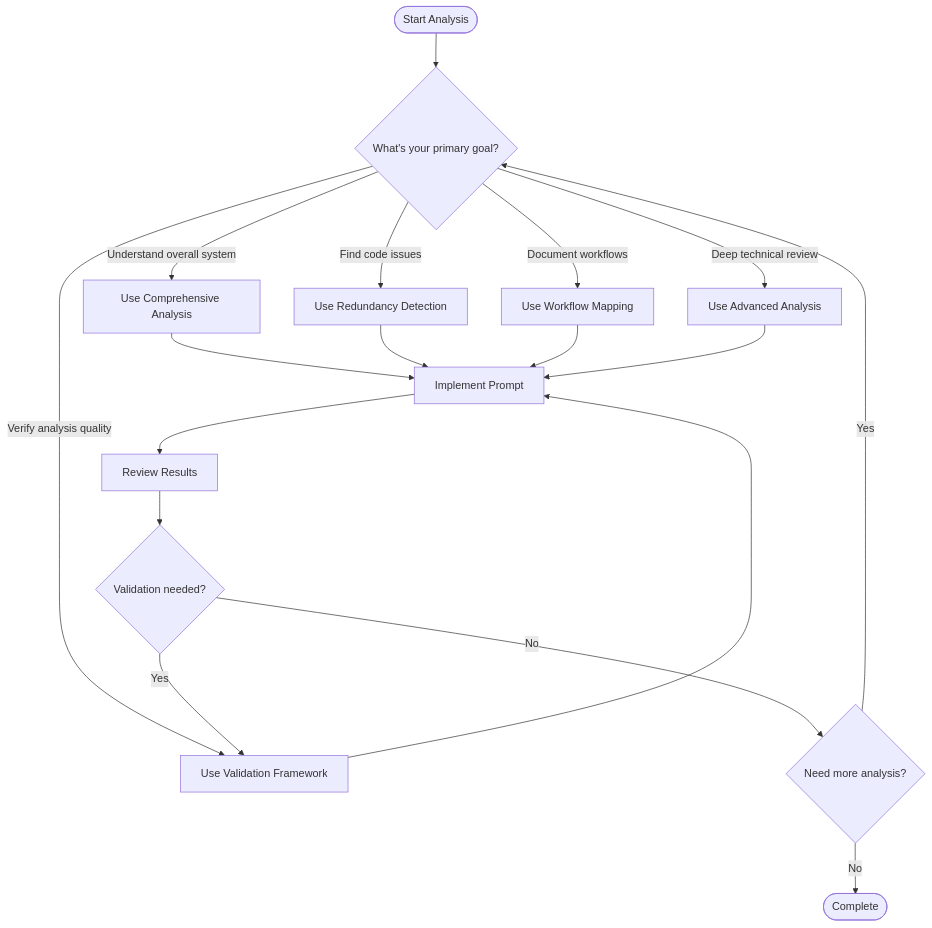
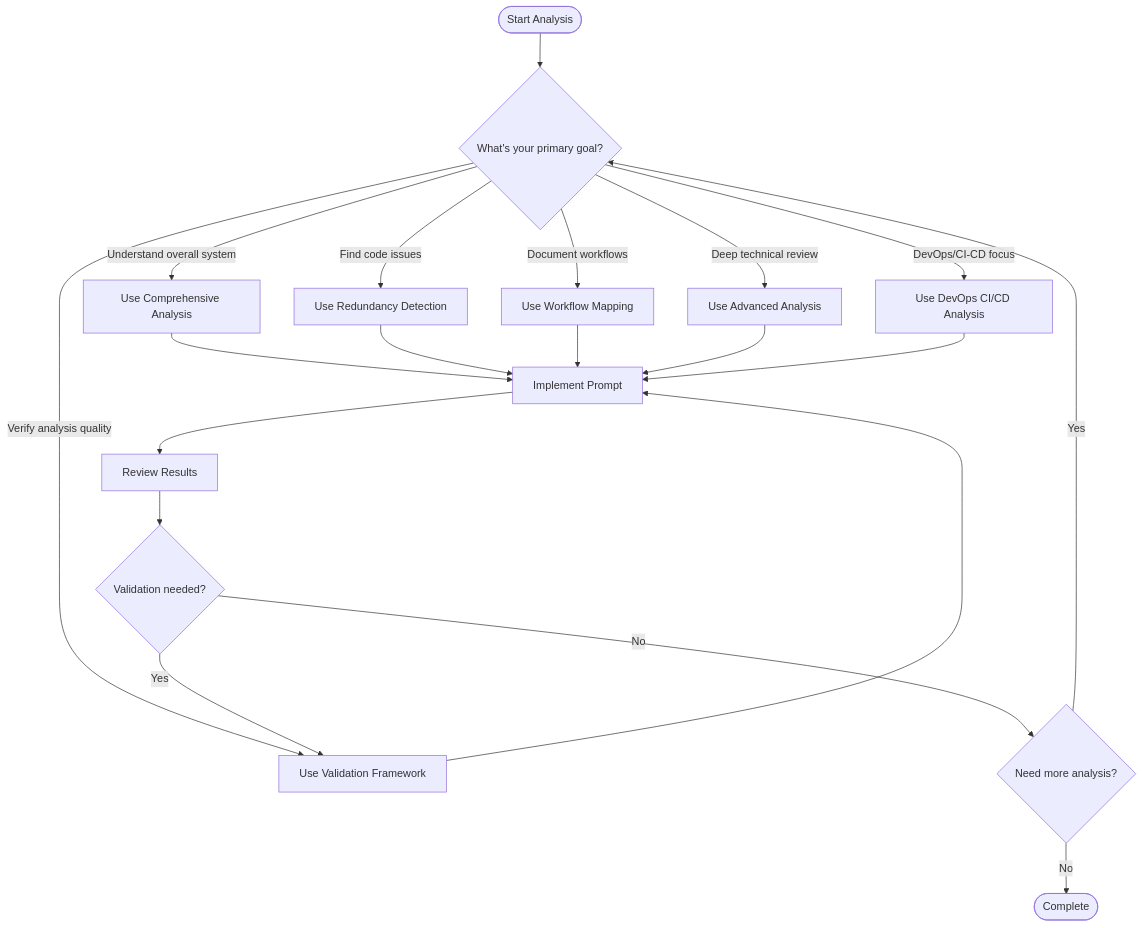
Before and after one commit to simonesgit/llm_prompts: the second of 2 diagrams in llm_project_analysis_prompts/README.md, drawn with Mermaid. The commit also changed other lines of this file and 7 other files, not shown here.

Commit message:
Enhance all prompts with DevOps/CI-CD compatibility for Ansible and Jenkins repositories

````diff
--- a/llm_project_analysis_prompts/README.md
+++ b/llm_project_analysis_prompts/README.md
@@ -95,22 +163,24 @@
 ```mermaid
 flowchart TD
     Start([Start Analysis]) --> Question{What's your primary goal?}
     Question -->|Understand overall system| Comprehensive[Use Comprehensive Analysis]
     Question -->|Find code issues| Redundancy[Use Redundancy Detection]
     Question -->|Document workflows| Workflow[Use Workflow Mapping]
     Question -->|Deep technical review| Advanced[Use Advanced Analysis]
+    Question -->|DevOps/CI-CD focus| DevOps[Use DevOps CI/CD Analysis]
     Question -->|Verify analysis quality| Validation[Use Validation Framework]
     
     Comprehensive --> Implement[Implement Prompt]
     Redundancy --> Implement
     Workflow --> Implement
     Advanced --> Implement
+    DevOps --> Implement
     Validation --> Implement
     
     Implement --> Review[Review Results]
     Review --> Validate{Validation needed?}
     Validate -->|Yes| Validation
     Validate -->|No| Iterate{Need more analysis?}
     Iterate -->|Yes| Question
     Iterate -->|No| Complete([Complete])
 ```
````
